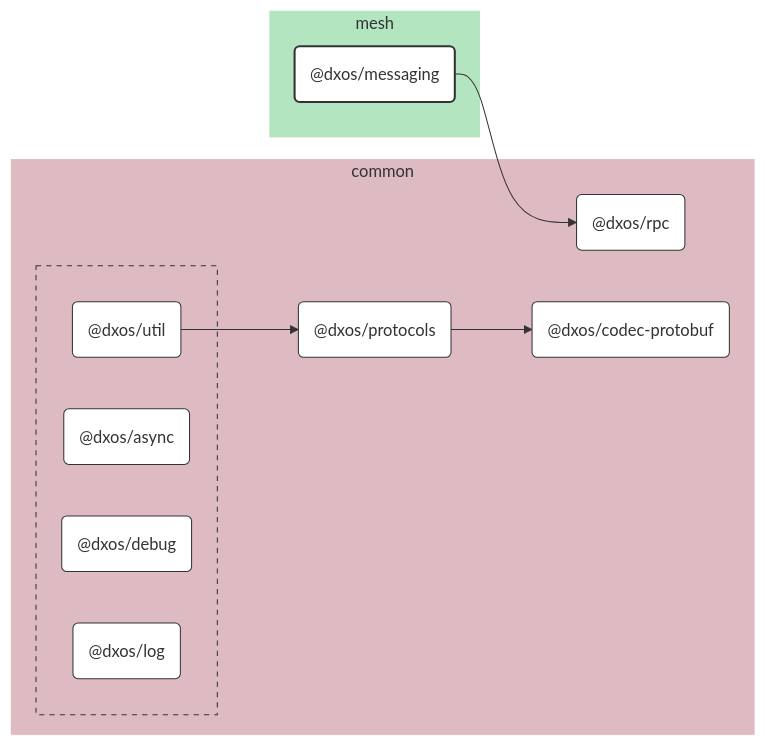
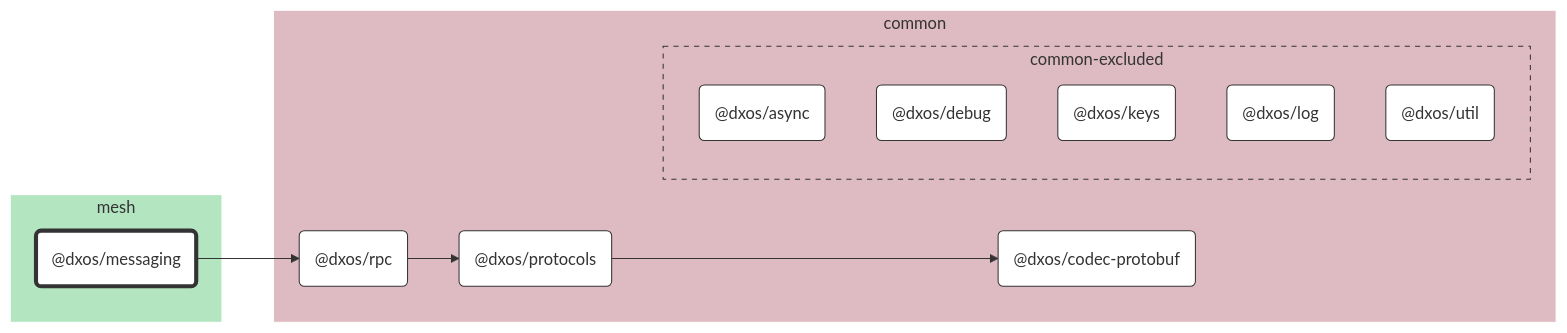
The diagram in packages/mesh/messaging/docs/README.md (dxos/dxos), drawn with Mermaid before and after one commit. The commit also changed other lines of this file and 683 other files, not shown here.

````diff
--- a/packages/mesh/messaging/docs/README.md
+++ b/packages/mesh/messaging/docs/README.md
@@ -7,59 +7,47 @@
 ```mermaid
 %%{ init: {'flowchart':{'curve':'basis'}} }%%
 
 flowchart LR
 
-%% Links
-dxos/messaging --> dxos/rpc;
-dxos/protocols --> dxos/codec-protobuf;
-dxos/util --> dxos/protocols;
+%% Classes
+classDef def fill:#fff,stroke:#333,stroke-width:1px
+classDef root fill:#fff,stroke:#333,stroke-width:4px
 
-%% Sections
-subgraph mesh
-  style mesh fill:#b3e6c0,stroke:#fff;
+%% Nodes
 
-  dxos/messaging("@dxos/messaging")
+subgraph mesh [mesh]
+  style mesh fill:#b3e6c0,stroke:#fff
+  dxos/messaging("@dxos/messaging"):::root
+  click dxos/messaging "dxos/dxos/tree/main/packages/mesh/messaging/docs"
 end
 
-subgraph common
-  style common fill:#debac2,stroke:#fff;
+subgraph common [common]
+  style common fill:#debac2,stroke:#fff
+  dxos/codec-protobuf("@dxos/codec-protobuf"):::def
+  click dxos/codec-protobuf "dxos/dxos/tree/main/packages/common/codec-protobuf/docs"
+  dxos/protocols("@dxos/protocols"):::def
+  click dxos/protocols "dxos/dxos/tree/main/packages/common/protocols/docs"
+  dxos/rpc("@dxos/rpc"):::def
+  click dxos/rpc "dxos/dxos/tree/main/packages/common/rpc/docs"
 
-  dxos/codec-protobuf("@dxos/codec-protobuf")
-  dxos/protocols("@dxos/protocols")
-  dxos/rpc("@dxos/rpc")
-
-  subgraph common-excluded [ ]
-    style common-excluded fill:#debac2,stroke:#333,stroke-dasharray:5 5;
-
-    dxos/async("@dxos/async")
-    dxos/debug("@dxos/debug")
-    dxos/log("@dxos/log")
-    dxos/util("@dxos/util")
+  subgraph common-excluded [common-excluded]
+    style common-excluded fill:#debac2,stroke:#333,stroke-dasharray:5 5
+    dxos/async("@dxos/async"):::def
+    click dxos/async "dxos/dxos/tree/main/packages/common/async/docs"
+    dxos/debug("@dxos/debug"):::def
+    click dxos/debug "dxos/dxos/tree/main/packages/common/debug/docs"
+    dxos/keys("@dxos/keys"):::def
+    click dxos/keys "dxos/dxos/tree/main/packages/common/keys/docs"
+    dxos/log("@dxos/log"):::def
+    click dxos/log "dxos/dxos/tree/main/packages/common/log/docs"
+    dxos/util("@dxos/util"):::def
+    click dxos/util "dxos/dxos/tree/main/packages/common/util/docs"
   end
 end
 
-
-%% Hyperlinks
-click dxos/async "dxos/dxos/tree/main/packages/common/async/docs";
-click dxos/codec-protobuf "dxos/dxos/tree/main/packages/common/codec-protobuf/docs";
-click dxos/debug "dxos/dxos/tree/main/packages/common/debug/docs";
-click dxos/log "dxos/dxos/tree/main/packages/common/log/docs";
-click dxos/protocols "dxos/dxos/tree/main/packages/common/protocols/docs";
-click dxos/rpc "dxos/dxos/tree/main/packages/common/rpc/docs";
-click dxos/util "dxos/dxos/tree/main/packages/common/util/docs";
-
-%% Styles
-classDef rootNode fill:#fff,stroke:#333,stroke-width:2px
-classDef defaultNode fill:#fff,stroke:#333,stroke-width:1px
+%% Links
 linkStyle default stroke:#333,stroke-width:1px
-
-dxos/messaging:::rootNode
-
-dxos/async:::defaultNode
-dxos/codec-protobuf:::defaultNode
-dxos/debug:::defaultNode
-dxos/log:::defaultNode
-dxos/protocols:::defaultNode
-dxos/rpc:::defaultNode
-dxos/util:::defaultNode
+dxos/protocols --> dxos/codec-protobuf
+dxos/messaging --> dxos/rpc
+dxos/rpc --> dxos/protocols
 ```
````
